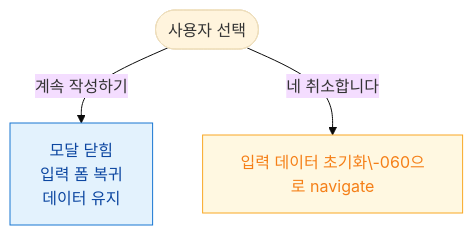
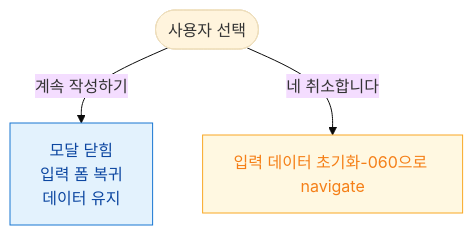
The diagram in docs/admin/다이어그램/D07_직원관리/DLG/DLG-061-001/M3_결과분기.md (dev-spogym/admin-pando), drawn with Mermaid (base theme) before and after one commit. The commit also changed 369 other files, not shown here.

````diff
--- a/docs/admin/다이어그램/D07_직원관리/DLG/DLG-061-001/M3_결과분기.md
+++ b/docs/admin/다이어그램/D07_직원관리/DLG/DLG-061-001/M3_결과분기.md
@@ -12,13 +12,13 @@
 ```mermaid
 flowchart TD
   ACTION([사용자 선택])
   ACTION -->|계속 작성하기|STAY[모달 닫힘\n입력 폼 복귀\n데이터 유지]
-  ACTION -->|네 취소합니다|DISCARD[입력 데이터 초기화\-060으로 navigate]
+  ACTION -->|네 취소합니다|DISCARD[입력 데이터 초기화-060으로 navigate]
 
   classDef screen fill:#E3F2FD,stroke:#1976D2,color:#0D47A1
   classDef warning fill:#FFF8E1,stroke:#F9A825,color:#F57F17
   classDef system fill:#EDE7F6,stroke:#5E35B2
 
   class STAY screen
   class DISCARD warning
 ```
````
